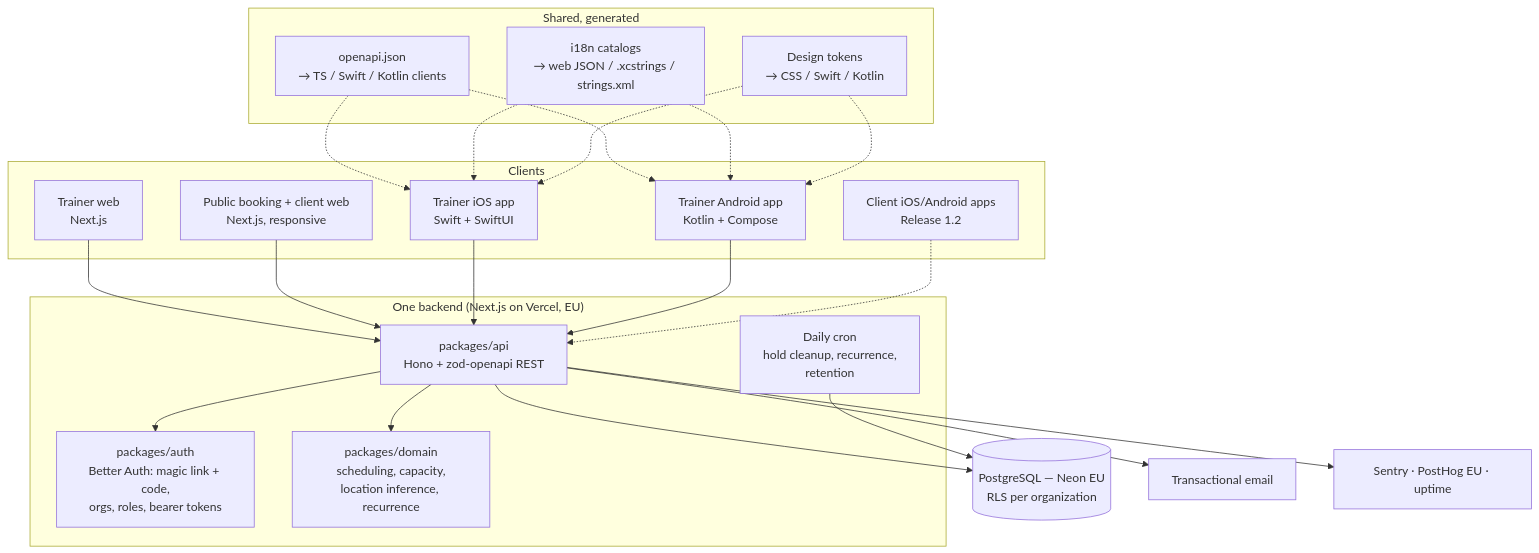
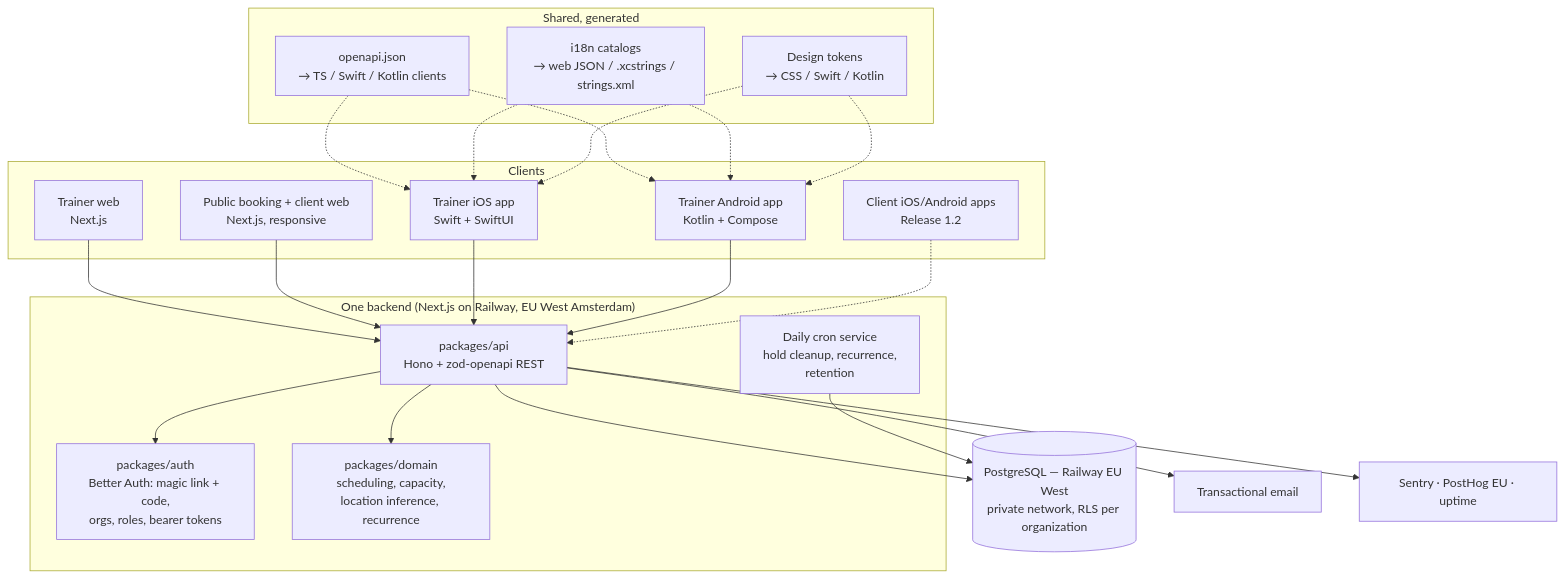
One commit to fivvi-app/fivvi changed the second of 2 diagrams in docs/product/ROADMAP.md. Above: the diagram before and after it, drawn with Mermaid. The commit also changed other lines of this file and 19 other files, not shown here.

````diff
--- a/docs/product/ROADMAP.md
+++ b/docs/product/ROADMAP.md
@@ -586,45 +586,45 @@
 ```mermaid
 flowchart TB
   subgraph Clients
     TW[Trainer web<br/>Next.js]
     PB[Public booking + client web<br/>Next.js, responsive]
     IOS[Trainer iOS app<br/>Swift + SwiftUI]
     AND[Trainer Android app<br/>Kotlin + Compose]
     CM[Client iOS/Android apps<br/>Release 1.2]
   end
 
   subgraph Contract["Shared, generated"]
     OAS[openapi.json<br/>→ TS / Swift / Kotlin clients]
     STR[i18n catalogs<br/>→ web JSON / .xcstrings / strings.xml]
     TOK[Design tokens<br/>→ CSS / Swift / Kotlin]
   end
 
-  subgraph Backend["One backend (Next.js on Vercel, EU)"]
+  subgraph Backend["One backend (Next.js on Railway, EU West Amsterdam)"]
     API[packages/api<br/>Hono + zod-openapi REST]
     AUTH[packages/auth<br/>Better Auth: magic link + code,<br/>orgs, roles, bearer tokens]
     DOM[packages/domain<br/>scheduling, capacity,<br/>location inference, recurrence]
-    CRON[Daily cron<br/>hold cleanup, recurrence,<br/>retention]
+    CRON[Daily cron service<br/>hold cleanup, recurrence,<br/>retention]
   end
 
-  DB[(PostgreSQL — Neon EU<br/>RLS per organization)]
+  DB[(PostgreSQL — Railway EU West<br/>private network, RLS per organization)]
   MAIL[Transactional email]
   OBS[Sentry · PostHog EU · uptime]
 
   TW --> API
   PB --> API
   IOS --> API
   AND --> API
   CM -.-> API
   OAS -.-> IOS
   OAS -.-> AND
   STR -.-> IOS
   STR -.-> AND
   TOK -.-> IOS
   TOK -.-> AND
   API --> AUTH
   API --> DOM
   API --> DB
   API --> MAIL
   CRON --> DB
   API --> OBS
 ```
````
